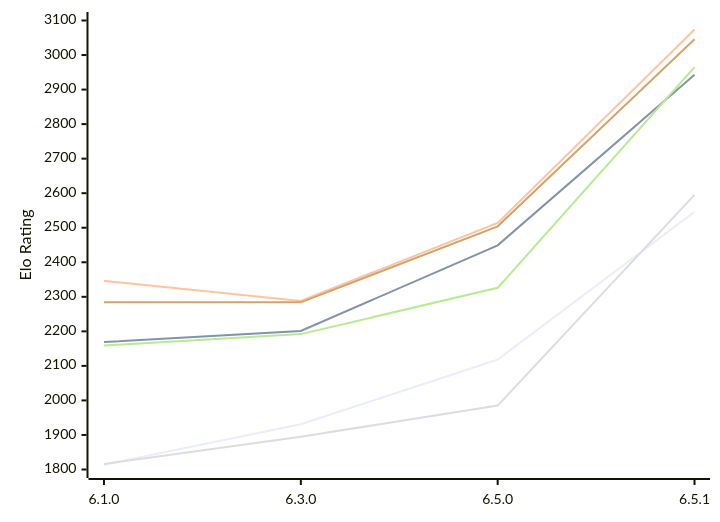
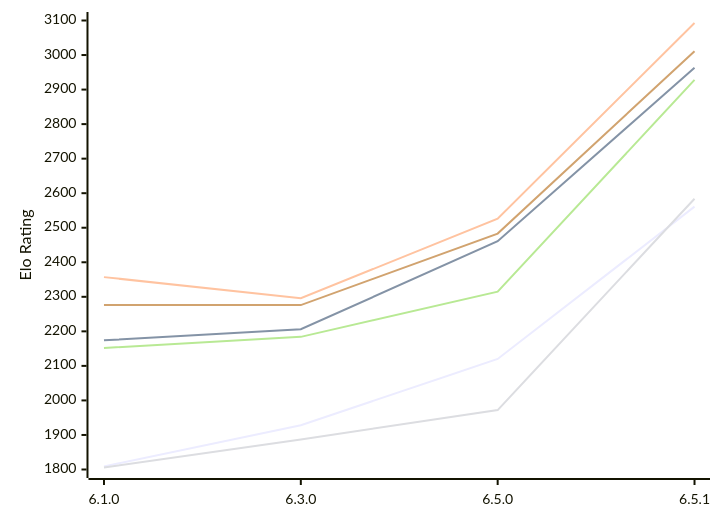
Before and after one commit to computer-chess-index/cci: the diagram in engines/Luminex.md, drawn with Mermaid. The commit also changed other lines of this file, not shown here.

Commit message:
Update CCI Ratings (ELO VLTC) - 2026-11-14

````diff
--- a/engines/Luminex.md
+++ b/engines/Luminex.md
@@ -53,12 +53,12 @@
 ```mermaid
 %%{init: {"theme":"base","themeVariables":{"seriesColors:['#a3a3a3','#222221','#faa371']}}}%%
 xychart-beta
   x-axis ["6.1.0", "6.3.0", "6.5.0", "6.5.1"]
   y-axis "Elo Rating" 1800 --> 3100
-  line "E1: STC (8.0+0.08s)" [1814, 1931, 2118, 2546]
-  line "E1: LTC (60.0+0.60s)" [2169, 2201, 2449, 2943]
-  line "E1: VLTC (2m24s+1.12s)" [2346, 2288, 2514, 3074]
-  line "P1: STC (8.0+0.08s)" [1816, 1895, 1985, 2595]
-  line "P1: LTC (60.0+0.60s)" [2159, 2192, 2326, 2965]
-  line "P1: VLTC (2m24s+1.12s)" [2284, 2284, 2504, 3046]
+  line "E1: STC (8.0+0.08s)" [1809, 1928, 2120, 2561]
+  line "E1: LTC (60.0+0.60s)" [2174, 2206, 2461, 2963]
+  line "E1: VLTC (2m24s+1.12s)" [2357, 2296, 2526, 3093]
+  line "P1: STC (8.0+0.08s)" [1806, 1887, 1972, 2584]
+  line "P1: LTC (60.0+0.60s)" [2152, 2184, 2315, 2928]
+  line "P1: VLTC (2m24s+1.12s)" [2276, 2276, 2483, 3011]
 ```
````
